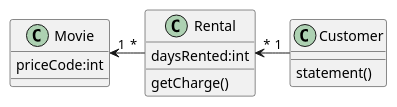
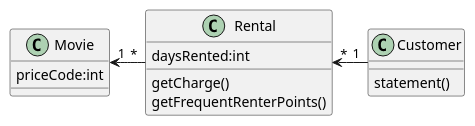
One commit to hiroshima-arc/re_zero_tdd changed the second of 3 diagrams in docs/src/spec/video_rental.adoc. Above: the diagram before and after it, drawn with PlantUML. The commit also changed other lines of this file and 3 other files, not shown here.

```diff
--- a/docs/src/spec/video_rental.adoc
+++ b/docs/src/spec/video_rental.adoc
@@ -37,15 +38,16 @@
 [plantuml]
 ----
 class Movie {
   priceCode:int
 }
 class Rental {
   daysRented:int
   getCharge()
+  getFrequentRenterPoints()
 }
 class Customer {
   statement()
 }
 Movie "1"<-"*" Rental
 Rental "*"<-"1" Customer
 ----
```
